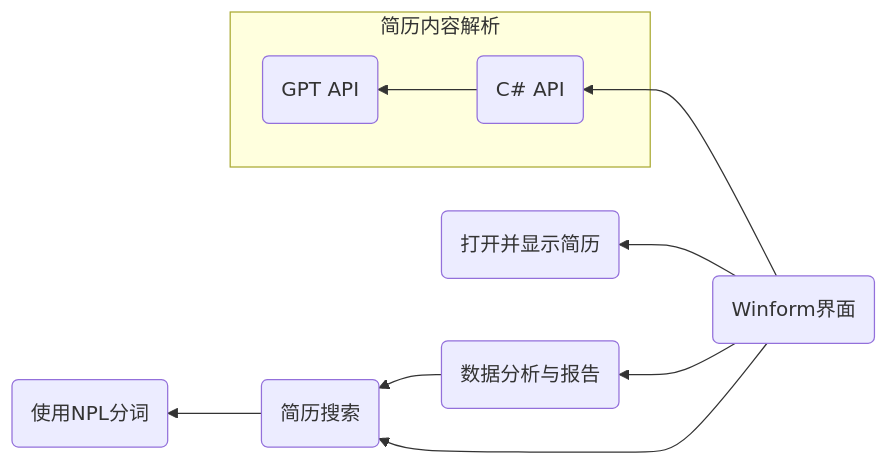
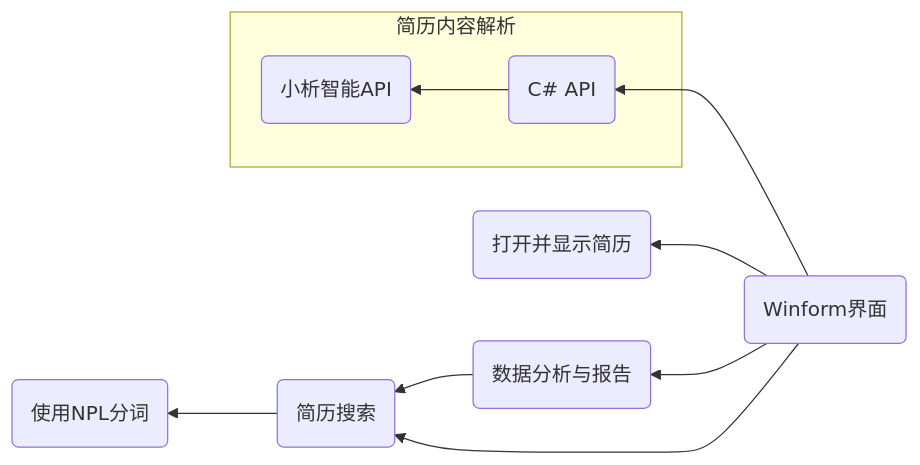
The diagram in README.md (Csharp-course-design/Resume-Parser-System), drawn with Mermaid before and after one commit. The commit also changed other lines of this file and 1 other file, not shown here.

````diff
--- a/README.md
+++ b/README.md
@@ -9,19 +9,19 @@
 ```mermaid
 graph RL;
 Csharp(C# API)
 Search(简历搜索)
 D(数据分析与报告)
 Split(使用NPL分词)
 Winform(Winform界面)
 G(打开并显示简历)
-Gpt(GPT API)
+Gpt(小析智能API)
 D-->Search
 Search-->Split
 Winform-->D
 Winform-->Search
 Winform-->G
 subgraph 简历内容解析
   Csharp-->Gpt
 end
 Winform-->Csharp
 ```
````
